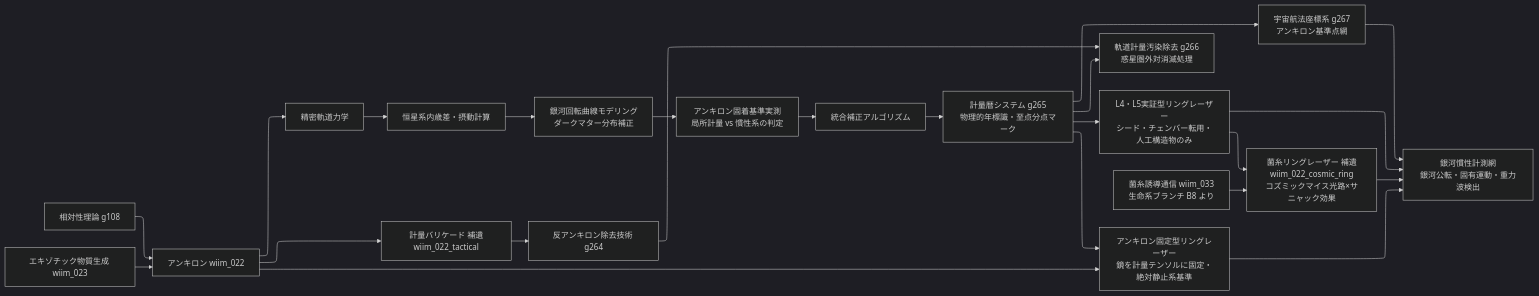
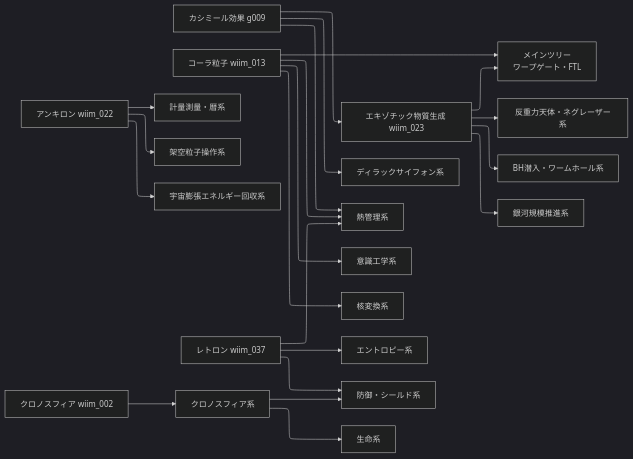
The diagram in docs/notes/tech_tree.md (theronium/WhatIfImpossible), drawn with Mermaid (dark theme) before and after one commit. The commit also changed other lines of this file and 18 other files, not shown here.

````diff
--- a/docs/notes/tech_tree.md
+++ b/docs/notes/tech_tree.md
@@ -301,32 +46,24 @@
 ```mermaid
 %%{init: {"layout": "elk"}}%%
 flowchart LR
-    M1[相対性理論 g108]
-    M2[エキゾチック物質生成 wiim_023]
-
-    M1 --> M3[アンキロン wiim_022]
-    M2 --> M3
-
-    M3 --> M4[精密軌道力学]
-    M4 --> M5[恒星系内歳差・摂動計算]
-    M5 --> M6[銀河回転曲線モデリング\nダークマター分布補正]
-    M6 --> M7[アンキロン固着基準実測\n局所計量 vs 慣性系の判定]
-    M7 --> M8[統合補正アルゴリズム]
-    M8 --> M9[計量暦システム g265\n物理的年標識・至点分点マーク]
-    M9 --> M10[宇宙航法座標系 g267\nアンキロン基準点網]
-
-    M3 --> M11[計量バリケード 補遺wiim_022_tactical]
-    M11 --> M12[反アンキロン除去技術 g264]
-    M12 --> M13[軌道計量汚染除去 g266\n惑星圏外対消滅処理]
-    M9 --> M13
-
-    M9 --> M14[L4・L5実証型リングレーザー\nシード・チェンバー転用・人工構造物のみ]
-    M14 --> M15[菌糸リングレーザー 補遺wiim_022_cosmic_ring\nコズミックマイス光路×サニャック効果]
-    M15_src[菌糸誘導通信 wiim_033\n生命系ブランチ B8 より] --> M15
-    M3 --> M16[アンキロン固定型リングレーザー\n鏡を計量テンソルに固定・絶対静止系基準]
-    M9 --> M16
-    M14 --> M17[銀河慣性計測網\n銀河公転・固有運動・重力波検出]
-    M15 --> M17
-    M16 --> M17
-    M10 --> M17
+    A[カシミール効果 g009] --> B[エキゾチック物質生成 wiim_023]
+    A --> C[ディラックサイフォン系]
+    A --> D[熱管理系]
+    B --> E[メインツリー\nワープゲート・FTL]
+    B --> F[反重力天体・ネグレーザー系]
+    B --> G[BH潜入・ワームホール系]
+    B --> H[銀河規模推進系]
+    I[コーラ粒子 wiim_013] --> E
+    I --> J[意識工学系]
+    I --> D
+    I --> K[核変換系]
+    L[アンキロン wiim_022] --> M[計量測量・暦系]
+    L --> N[架空粒子操作系]
+    L --> O[宇宙膨張エネルギー回収系]
+    P[レトロン wiim_037] --> Q[エントロピー系]
+    P --> R[防御・シールド系]
+    P --> D
+    S[クロノスフィア wiim_002] --> T[クロノスフィア系]
+    T --> U[生命系]
+    T --> R
 ```
````
